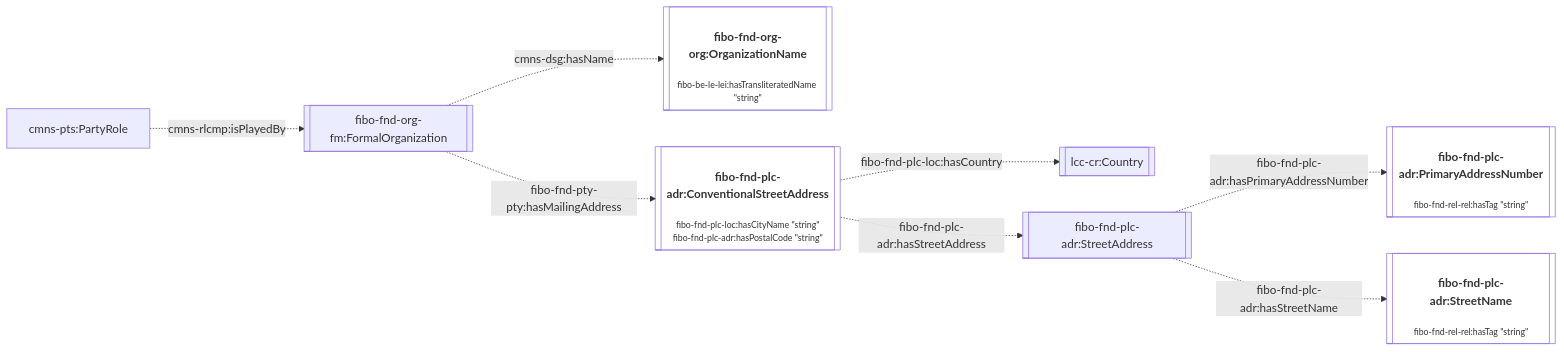
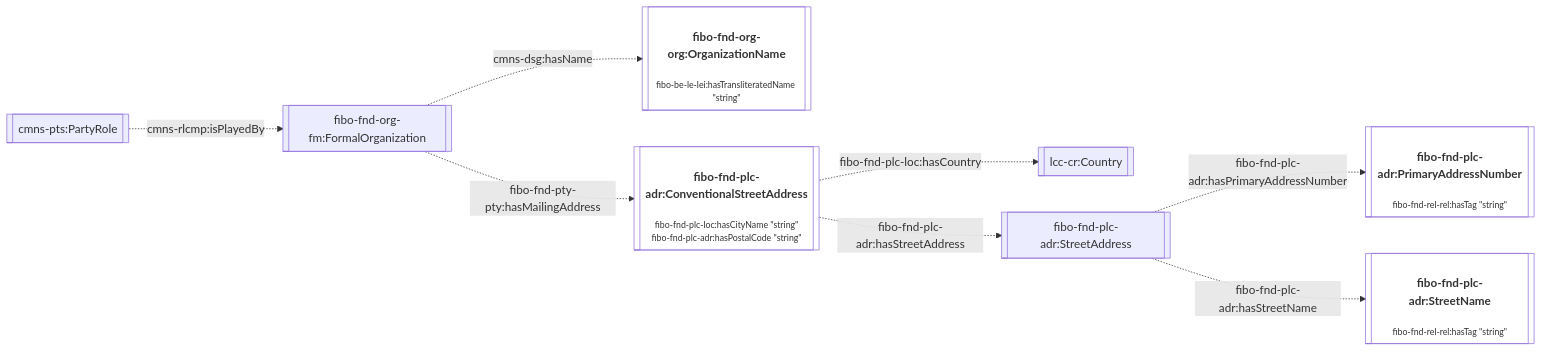
Before and after one commit to cambridge-cares/TheWorldAvatar: the sixth of 10 diagrams in JPS_Ontology/ontology/ontoprofile/README.MD, drawn with Mermaid. The commit also changed other lines of this file and 2 other files, not shown here.

````diff
--- a/JPS_Ontology/ontology/ontoprofile/README.MD
+++ b/JPS_Ontology/ontology/ontoprofile/README.MD
@@ -97,19 +137,19 @@
 ```mermaid
 flowchart LR
     %% Styling
     classDef literal fill:none
     classDef node overflow-wrap:break-word,text-wrap:pretty
     linkStyle default overflow-wrap:break-word,text-wrap:pretty;
 
     %% Contents
-    cmns-pts:PartyRole -. cmns-rlcmp:isPlayedBy .-> Organisation[[fibo-fnd-org-fm:FormalOrganization]]
+    PartyRole[[cmns-pts:PartyRole]] -. cmns-rlcmp:isPlayedBy .-> Organisation[[fibo-fnd-org-fm:FormalOrganization]]
     Organisation -. cmns-dsg:hasName .-> OrganizationName[["<h4>fibo-fnd-org-org:OrganizationName</h4><p style='font-size:0.75rem;'>fibo-be-le-lei:hasTransliteratedName &quot;string&quot;</p>"]]:::literal
 
     Organisation -. fibo-fnd-pty-pty:hasMailingAddress .-> ConventionalStreetAddress[["<h4>fibo-fnd-plc-adr:ConventionalStreetAddress</h4><p style='font-size:0.75rem;'>fibo-fnd-plc-loc:hasCityName &quot;string&quot;<br>fibo-fnd-plc-adr:hasPostalCode &quot;string&quot;</p>"]]:::literal
 
     ConventionalStreetAddress -. fibo-fnd-plc-loc:hasCountry .-> Country[[lcc-cr:Country]]
     ConventionalStreetAddress -. fibo-fnd-plc-adr:hasStreetAddress .-> StreetAddress[[fibo-fnd-plc-adr:StreetAddress]]
 
     StreetAddress -. fibo-fnd-plc-adr:hasPrimaryAddressNumber .-> PrimaryAddressNumber[["<h4>fibo-fnd-plc-adr:PrimaryAddressNumber</h4><p style='font-size:0.75rem;'>fibo-fnd-rel-rel:hasTag &quot;string&quot;</p>"]]:::literal
     StreetAddress -. fibo-fnd-plc-adr:hasStreetName .-> StreetName[["<h4>fibo-fnd-plc-adr:StreetName</h4><p style='font-size:0.75rem;'>fibo-fnd-rel-rel:hasTag &quot;string&quot;</p>"]]:::literal
 ```
````
